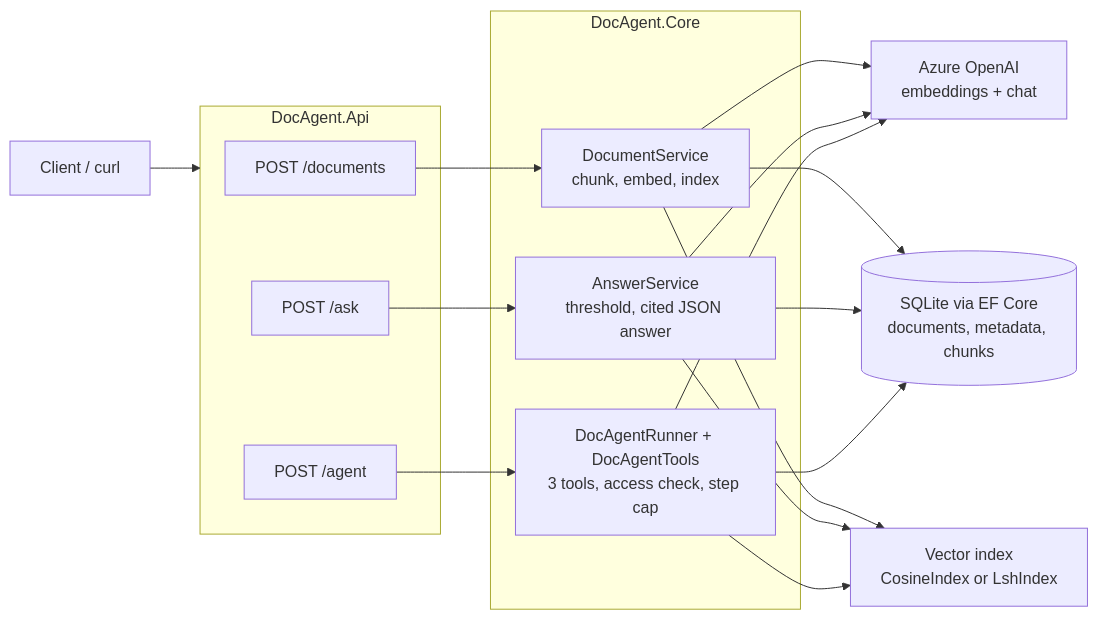
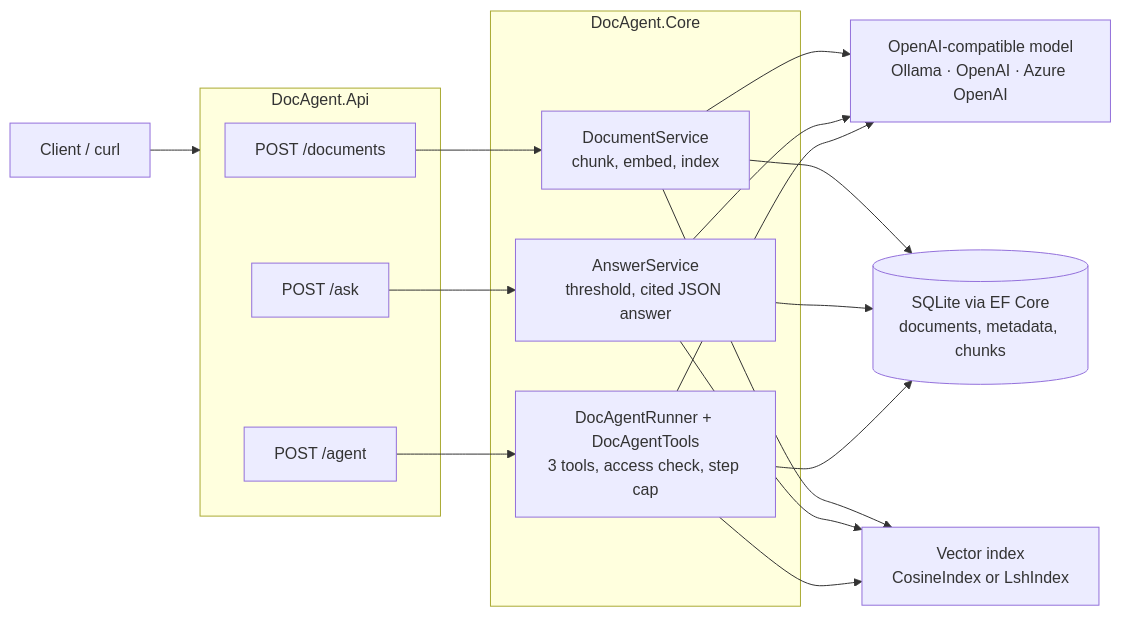
The diagram in docs/architecture.md (ahsan-babar-khan/docagent), drawn with Mermaid before and after one commit. The commit also changed 15 other files, not shown here.

First line of the commit message:
Support any OpenAI-compatible provider (Ollama, OpenAI, Azure OpenAI)

````diff
--- a/docs/architecture.md
+++ b/docs/architecture.md
@@ -3,24 +3,24 @@
 ```mermaid
 flowchart LR
     client[Client / curl] --> api
 
     subgraph api[DocAgent.Api]
         d[POST /documents]
         a[POST /ask]
         g[POST /agent]
     end
 
     subgraph core[DocAgent.Core]
         ds[DocumentService<br/>chunk, embed, index]
         as[AnswerService<br/>threshold, cited JSON answer]
         ar[DocAgentRunner + DocAgentTools<br/>3 tools, access check, step cap]
     end
 
     d --> ds
     a --> as
     g --> ar
 
-    ds & as & ar --> aoai[Azure OpenAI<br/>embeddings + chat]
+    ds & as & ar --> aoai[OpenAI-compatible model<br/>Ollama · OpenAI · Azure OpenAI]
     ds & as & ar --> db[(SQLite via EF Core<br/>documents, metadata, chunks)]
     ds & as & ar --> idx[Vector index<br/>CosineIndex or LshIndex]
 ```
````
